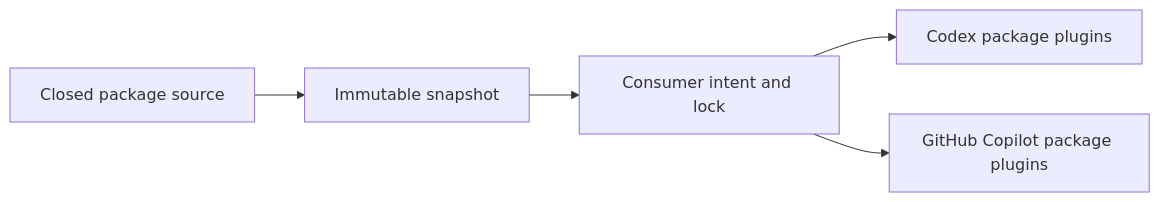
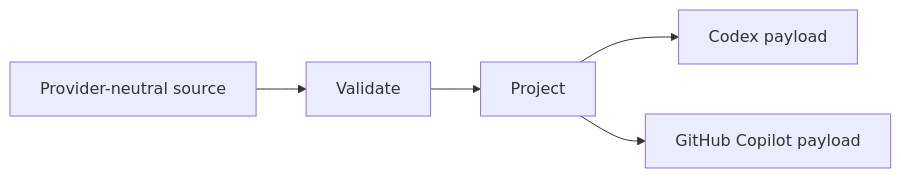
Before and after one commit to amichne/intelligence: the diagram in docs/index.md, drawn with Mermaid. The commit also changed other lines of this file and 154 other files, not shown here.

````diff
--- a/docs/index.md
+++ b/docs/index.md
@@ -8,7 +6,7 @@
 ```mermaid
 flowchart LR
-  Source["Closed package source"] --> Release["Immutable snapshot"]
-  Release --> Intent["Consumer intent and lock"]
-  Intent --> Codex["Codex package plugins"]
-  Intent --> Copilot["GitHub Copilot package plugins"]
+  Source["Provider-neutral source"] --> Validate["Validate"]
+  Validate --> Project["Project"]
+  Project --> Codex["Codex payload"]
+  Project --> Copilot["GitHub Copilot payload"]
 ```
````
